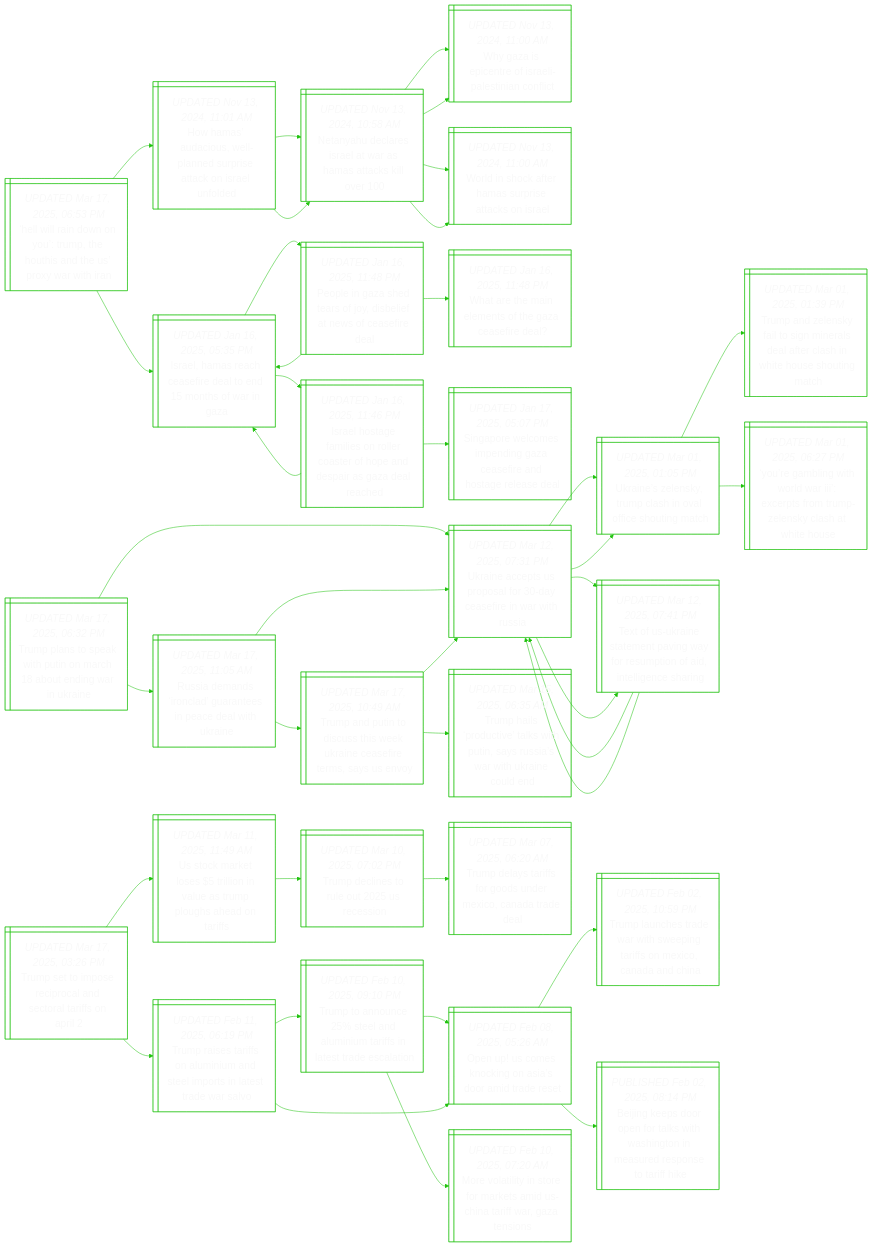
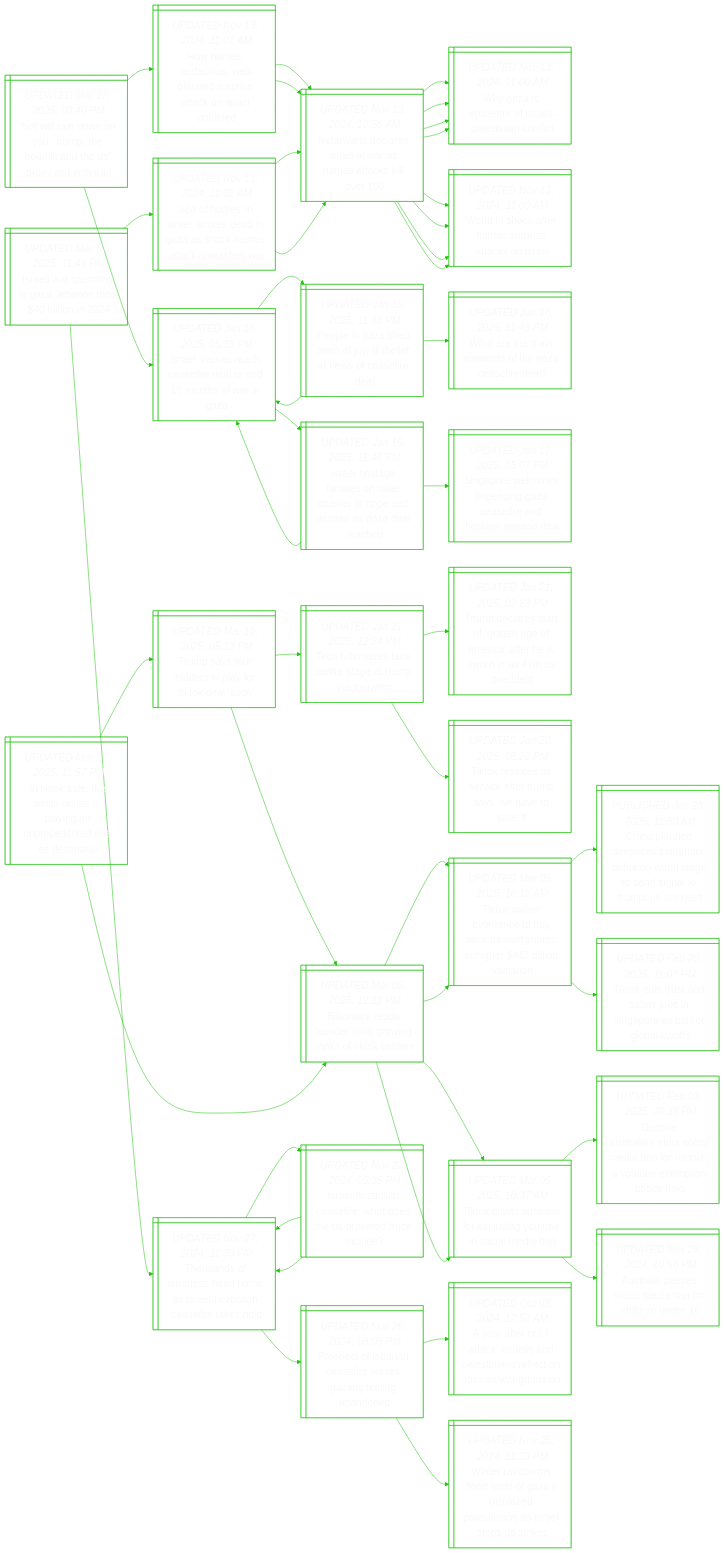
Before and after one commit to notJmes/notJmes: the diagram in README.md, drawn with Mermaid. The commit also changed other lines of this file, not shown here.

````diff
--- a/README.md
+++ b/README.md
@@ -16,7 +16,7 @@
 flowchart LR
 classDef txtsize font-size:20px;
 
-Hiinuposhrah@{ shape: win-pane, label: "_UPDATED Mar 17, 2025, 06:53 PM_
+Hiinuposhrah@{ shape: win-pane, label: "_UPDATED Mar 17, 2025, 08:40 PM_
 ‘hell will rain down on you’: trump, the houthis and the us’ proxy war with iran" }
 Hmdulnrecsud@{ shape: win-pane, label: "_UPDATED Nov 13, 2024, 11:01 AM_
 How hamas’ audacious, well-planned surprise attack on israel unfolded" }
@@ -62,84 +62,96 @@
 Ilamslorpdiaac:::txtsize --> Ilshedoooia:::txtsize
 Ilamslorpdiaac:::txtsize --> Speeegcfntee:::txtsize
 
-Tptahnrodake@{ shape: win-pane, label: "_UPDATED Mar 17, 2025, 06:32 PM_
-Trump plans to speak with putin on march 18 about ending war in ukraine" }
-UneSoocfnis@{ shape: win-pane, label: "_UPDATED Mar 12, 2025, 07:31 PM_
-Ukraine accepts us proposal for 30-day ceasefire in war with russia" }
-Unlyphaiogh@{ shape: win-pane, label: "_UPDATED Mar 01, 2025, 01:05 PM_
-Ukraine’s zelensky, trump clash in oval office shouting match" }
-TalytnretaWHsit@{ shape: win-pane, label: "_UPDATED Mar 01, 2025, 01:39 PM_
-Trump and zelensky fail to sign minerals deal after clash in white house shouting match" }
-YgitlIcsTZsaWH@{ shape: win-pane, label: "_UPDATED Mar 01, 2025, 06:27 PM_
-‘you’re gambling with world war iii’: excerpts from trump-zelensky clash at white house" }
-Tfrsmawrmndlna@{ shape: win-pane, label: "_UPDATED Mar 12, 2025, 07:41 PM_
-Text of us-ukraine statement paving way for resumption of aid, intelligence sharing" }
-UneSoocfnis@{ shape: win-pane, label: "_UPDATED Mar 12, 2025, 07:31 PM_
-Ukraine accepts us proposal for 30-day ceasefire in war with russia" }
-UneSoocfnis@{ shape: win-pane, label: "_UPDATED Mar 12, 2025, 07:31 PM_
-Ukraine accepts us proposal for 30-day ceasefire in war with russia" }
-Ranodasaahi@{ shape: win-pane, label: "_UPDATED Mar 17, 2025, 11:05 AM_
-Russia demands ‘ironclad’ guarantees in peace deal with ukraine" }
-UneSoocfnis@{ shape: win-pane, label: "_UPDATED Mar 12, 2025, 07:31 PM_
-Ukraine accepts us proposal for 30-day ceasefire in war with russia" }
-Unlyphaiogh@{ shape: win-pane, label: "_UPDATED Mar 01, 2025, 01:05 PM_
-Ukraine’s zelensky, trump clash in oval office shouting match" }
-Tfrsmawrmndlna@{ shape: win-pane, label: "_UPDATED Mar 12, 2025, 07:41 PM_
-Text of us-ukraine statement paving way for resumption of aid, intelligence sharing" }
-TatdssUnsesUo@{ shape: win-pane, label: "_UPDATED Mar 17, 2025, 10:49 AM_
-Trump and putin to discuss this week ukraine ceasefire terms, says us envoy" }
-Thpctwuaswtaon@{ shape: win-pane, label: "_UPDATED Mar 15, 2025, 06:35 AM_
-Trump hails ‘productive’ talks with putin, says russia’s war with ukraine could end" }
-UneSoocfnis@{ shape: win-pane, label: "_UPDATED Mar 12, 2025, 07:31 PM_
-Ukraine accepts us proposal for 30-day ceasefire in war with russia" }
+ITlWHiynenoda@{ shape: win-pane, label: "_UPDATED Mar 17, 2025, 11:57 PM_
+In tiktok sale, the white house is playing an unprecedented role as dealmaker" }
+Tsodiyido@{ shape: win-pane, label: "_UPDATED Mar 10, 2025, 05:13 PM_
+Trump says four bidders in play for tiktok deal ‘soon’" }
+Tinsceeuaa@{ shape: win-pane, label: "_UPDATED Jan 21, 2025, 12:24 PM_
+Tech billionaires take centre stage at trump inauguration" }
+TdragnfitirsPd@{ shape: win-pane, label: "_UPDATED Jan 21, 2025, 02:23 PM_
+Trump declares start of ‘golden age of america’ after he is sworn in as 47th us president" }
+TkoSituyast@{ shape: win-pane, label: "_UPDATED Jan 20, 2025, 08:22 PM_
+Tiktok restores us service after trump says ‘we have to save it’" }
+Boeinorgskis@{ shape: win-pane, label: "_UPDATED Mar 05, 2025, 12:12 PM_
+Billionaire reddit founder joins growing ranks of tiktok bidders" }
+TkrDtbSfeiboun@{ shape: win-pane, label: "_UPDATED Mar 05, 2025, 10:13 AM_
+Tiktok owner bytedance to buy back us staff shares at higher $417 billion valuation" }
+Tkttaxiuiidn@{ shape: win-pane, label: "_UPDATED Mar 05, 2025, 10:37 AM_
+Tiktok blasts australia for excluding youtube in social media ban" }
+Boeinorgskis@{ shape: win-pane, label: "_UPDATED Mar 05, 2025, 12:12 PM_
+Billionaire reddit founder joins growing ranks of tiktok bidders" }
+TkrDtbSfeiboun@{ shape: win-pane, label: "_UPDATED Mar 05, 2025, 10:13 AM_
+Tiktok owner bytedance to buy back us staff shares at higher $417 billion valuation" }
+CpepsaendennTUx@{ shape: win-pane, label: "_PUBLISHED Jan 28, 2025, 11:50 AM_
+China planned deepseek’s dramatic debut on world stage to send signal to trump: us ai expert" }
+TktafoSpsoby@{ shape: win-pane, label: "_UPDATED Feb 20, 2025, 11:07 PM_
+Tiktok cuts trust and safety jobs in singapore as part of global layoffs" }
+Tkttaxiuiidn@{ shape: win-pane, label: "_UPDATED Mar 05, 2025, 10:37 AM_
+Tiktok blasts australia for excluding youtube in social media ban" }
+DttaiceamsTxiss@{ shape: win-pane, label: "_UPDATED Feb 03, 2025, 06:38 PM_
+Despite australia’s strict social media ban for minors, a youtube exemption poses risks" }
+Aaaslaolu@{ shape: win-pane, label: "_UPDATED Nov 28, 2024, 10:56 PM_
+Australia passes social media ban for children under 16" }
 
-Tptahnrodake:::txtsize --> UneSoocfnis:::txtsize
-UneSoocfnis:::txtsize --> Unlyphaiogh:::txtsize
-Unlyphaiogh:::txtsize --> TalytnretaWHsit:::txtsize
-Unlyphaiogh:::txtsize --> YgitlIcsTZsaWH:::txtsize
-UneSoocfnis:::txtsize --> Tfrsmawrmndlna:::txtsize
-Tfrsmawrmndlna:::txtsize --> UneSoocfnis:::txtsize
-Tfrsmawrmndlna:::txtsize --> UneSoocfnis:::txtsize
-Tptahnrodake:::txtsize --> Ranodasaahi:::txtsize
-Ranodasaahi:::txtsize --> UneSoocfnis:::txtsize
-UneSoocfnis:::txtsize --> Unlyphaiogh:::txtsize
-UneSoocfnis:::txtsize --> Tfrsmawrmndlna:::txtsize
-Ranodasaahi:::txtsize --> TatdssUnsesUo:::txtsize
-TatdssUnsesUo:::txtsize --> Thpctwuaswtaon:::txtsize
-TatdssUnsesUo:::txtsize --> UneSoocfnis:::txtsize
+ITlWHiynenoda:::txtsize --> Tsodiyido:::txtsize
+Tsodiyido:::txtsize --> Tinsceeuaa:::txtsize
+Tinsceeuaa:::txtsize --> TdragnfitirsPd:::txtsize
+Tinsceeuaa:::txtsize --> TkoSituyast:::txtsize
+Tsodiyido:::txtsize --> Boeinorgskis:::txtsize
+Boeinorgskis:::txtsize --> TkrDtbSfeiboun:::txtsize
+Boeinorgskis:::txtsize --> Tkttaxiuiidn:::txtsize
+ITlWHiynenoda:::txtsize --> Boeinorgskis:::txtsize
+Boeinorgskis:::txtsize --> TkrDtbSfeiboun:::txtsize
+TkrDtbSfeiboun:::txtsize --> CpepsaendennTUx:::txtsize
+TkrDtbSfeiboun:::txtsize --> TktafoSpsoby:::txtsize
+Boeinorgskis:::txtsize --> Tkttaxiuiidn:::txtsize
+Tkttaxiuiidn:::txtsize --> DttaiceamsTxiss:::txtsize
+Tkttaxiuiidn:::txtsize --> Aaaslaolu:::txtsize
 
-Tsiepleainl@{ shape: win-pane, label: "_UPDATED Mar 17, 2025, 03:26 PM_
-Trump set to impose reciprocal and sectoral tariffs on april 2" }
-UcksinlTphaas@{ shape: win-pane, label: "_UPDATED Mar 11, 2025, 11:49 AM_
-Us stock market loses $5 trillion in value as trump ploughs ahead on tariffs" }
-Tdnruei@{ shape: win-pane, label: "_UPDATED Mar 10, 2025, 07:02 PM_
-Trump declines to rule out 2025 us recession" }
-Tdsfrsrcaaa@{ shape: win-pane, label: "_UPDATED Mar 07, 2025, 06:20 AM_
-Trump delays tariffs for goods under mexico, canada trade deal" }
-Trsfanneonsds@{ shape: win-pane, label: "_UPDATED Feb 11, 2025, 06:19 PM_
-Trump raises tariffs on aluminium and steel imports in latest trade war salvo" }
-Ttosauuinsdao@{ shape: win-pane, label: "_UPDATED Feb 10, 2025, 09:10 PM_
-Trump to announce 25% steel and aluminium tariffs in latest trade escalation" }
-Opmogiodet@{ shape: win-pane, label: "_UPDATED Feb 08, 2025, 05:26 AM_
-Open up! us comes knocking on asia’s door amid trade reset" }
-MolneasUnirto@{ shape: win-pane, label: "_UPDATED Feb 10, 2025, 07:20 AM_
-More volatility in store for markets amid us-china tariff war, gaza tensions" }
-Opmogiodet@{ shape: win-pane, label: "_UPDATED Feb 08, 2025, 05:26 AM_
-Open up! us comes knocking on asia’s door amid trade reset" }
-Tlharsiroinnn@{ shape: win-pane, label: "_UPDATED Feb 02, 2025, 10:59 PM_
-Trump launches trade war with sweeping tariffs on mexico, canada and china" }
-Bnprflthoeeptik@{ shape: win-pane, label: "_PUBLISHED Feb 02, 2025, 08:14 PM_
-Beijing keeps door open for talks with washington in measured response to tariff hike" }
+IlsiGenbo@{ shape: win-pane, label: "_UPDATED Mar 17, 2025, 11:49 PM_
+Israeli war spending in gaza, lebanon tops $40 billion in 2024" }
+Sbsrcdnacaale@{ shape: win-pane, label: "_UPDATED Nov 13, 2024, 11:02 AM_
+‘sea of bodies’ in israel, scores dead in gaza as shock hamas attack unleashes war" }
+NyeeawHakl@{ shape: win-pane, label: "_UPDATED Nov 13, 2024, 10:58 AM_
+Netanyahu declares israel at war as hamas attacks kill over 100" }
+WzptIleint@{ shape: win-pane, label: "_UPDATED Nov 13, 2024, 11:00 AM_
+Why gaza is epicentre of israeli-palestinian conflict" }
+Wiceapaks@{ shape: win-pane, label: "_UPDATED Nov 13, 2024, 11:00 AM_
+World in shock after hamas surprise attacks on israel" }
+NyeeawHakl@{ shape: win-pane, label: "_UPDATED Nov 13, 2024, 10:58 AM_
+Netanyahu declares israel at war as hamas attacks kill over 100" }
+WzptIleint@{ shape: win-pane, label: "_UPDATED Nov 13, 2024, 11:00 AM_
+Why gaza is epicentre of israeli-palestinian conflict" }
+Wiceapaks@{ shape: win-pane, label: "_UPDATED Nov 13, 2024, 11:00 AM_
+World in shock after hamas surprise attacks on israel" }
+TafnemsHleikl@{ shape: win-pane, label: "_UPDATED Nov 27, 2024, 11:30 PM_
+Thousands of lebanese head home as israel-hezbollah ceasefire takes hold" }
+IlocfheUktid@{ shape: win-pane, label: "_UPDATED Nov 27, 2024, 05:35 PM_
+Israel-hezbollah ceasefire: what does the us-brokered truce include?" }
+TafnemsHleikl@{ shape: win-pane, label: "_UPDATED Nov 27, 2024, 11:30 PM_
+Thousands of lebanese head home as israel-hezbollah ceasefire takes hold" }
+TafnemsHleikl@{ shape: win-pane, label: "_UPDATED Nov 27, 2024, 11:30 PM_
+Thousands of lebanese head home as israel-hezbollah ceasefire takes hold" }
+PeLoseeaeao@{ shape: win-pane, label: "_UPDATED Nov 26, 2024, 08:05 PM_
+Prospect of lebanon ceasefire leaves gazans feeling abandoned" }
+AaOtsiPtnlnags@{ shape: win-pane, label: "_UPDATED Oct 08, 2024, 12:53 AM_
+A year after oct 7 attack: israelis and palestinians reflect on loss as war grinds on" }
+Wrssdszseeisepts@{ shape: win-pane, label: "_UPDATED Nov 25, 2024, 11:23 PM_
+Winter rainstorms flood tents of gaza’s displaced palestinians as israel steps up strikes" }
 
-Tsiepleainl:::txtsize --> UcksinlTphaas:::txtsize
-UcksinlTphaas:::txtsize --> Tdnruei:::txtsize
-Tdnruei:::txtsize --> Tdsfrsrcaaa:::txtsize
-Tsiepleainl:::txtsize --> Trsfanneonsds:::txtsize
-Trsfanneonsds:::txtsize --> Ttosauuinsdao:::txtsize
-Ttosauuinsdao:::txtsize --> Opmogiodet:::txtsize
-Ttosauuinsdao:::txtsize --> MolneasUnirto:::txtsize
-Trsfanneonsds:::txtsize --> Opmogiodet:::txtsize
-Opmogiodet:::txtsize --> Tlharsiroinnn:::txtsize
-Opmogiodet:::txtsize --> Bnprflthoeeptik:::txtsize
+IlsiGenbo:::txtsize --> Sbsrcdnacaale:::txtsize
+Sbsrcdnacaale:::txtsize --> NyeeawHakl:::txtsize
+NyeeawHakl:::txtsize --> WzptIleint:::txtsize
+NyeeawHakl:::txtsize --> Wiceapaks:::txtsize
+Sbsrcdnacaale:::txtsize --> NyeeawHakl:::txtsize
+NyeeawHakl:::txtsize --> WzptIleint:::txtsize
+NyeeawHakl:::txtsize --> Wiceapaks:::txtsize
+IlsiGenbo:::txtsize --> TafnemsHleikl:::txtsize
+TafnemsHleikl:::txtsize --> IlocfheUktid:::txtsize
+IlocfheUktid:::txtsize --> TafnemsHleikl:::txtsize
+IlocfheUktid:::txtsize --> TafnemsHleikl:::txtsize
+TafnemsHleikl:::txtsize --> PeLoseeaeao:::txtsize
+PeLoseeaeao:::txtsize --> AaOtsiPtnlnags:::txtsize
+PeLoseeaeao:::txtsize --> Wrssdszseeisepts:::txtsize
 
 ```
````
